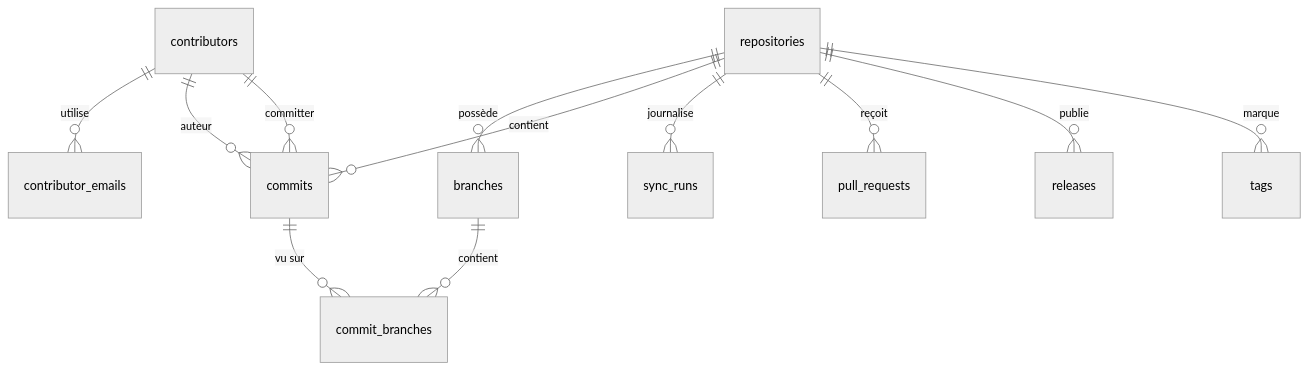
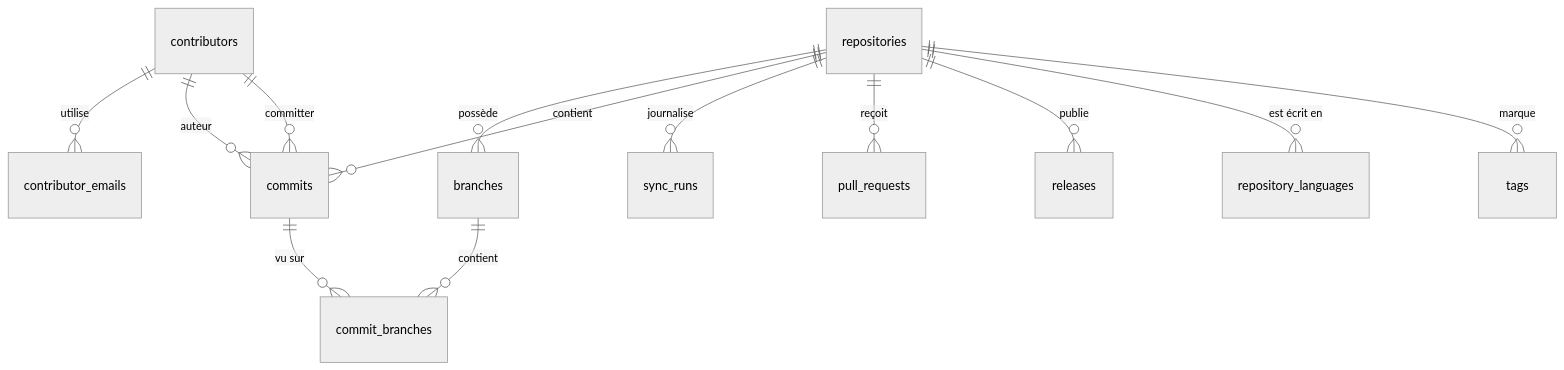
The diagram in documentation/fr/04-modele-donnees.md (studoo-app/watchoo), drawn with Mermaid (neutral theme) before and after one commit. The commit also changed other lines of this file and 58 other files, not shown here.

````diff
--- a/documentation/fr/04-modele-donnees.md
+++ b/documentation/fr/04-modele-donnees.md
@@ -16,14 +17,15 @@
 ```mermaid
 erDiagram
     repositories ||--o{ branches : "possède"
     repositories ||--o{ commits : "contient"
     repositories ||--o{ sync_runs : "journalise"
     repositories ||--o{ pull_requests : "reçoit"
     repositories ||--o{ releases : "publie"
+    repositories ||--o{ repository_languages : "est écrit en"
     repositories ||--o{ tags : "marque"
     commits ||--o{ commit_branches : "vu sur"
     branches ||--o{ commit_branches : "contient"
     contributors ||--o{ contributor_emails : "utilise"
     contributors ||--o{ commits : "auteur"
     contributors ||--o{ commits : "committer"
 ```
````
